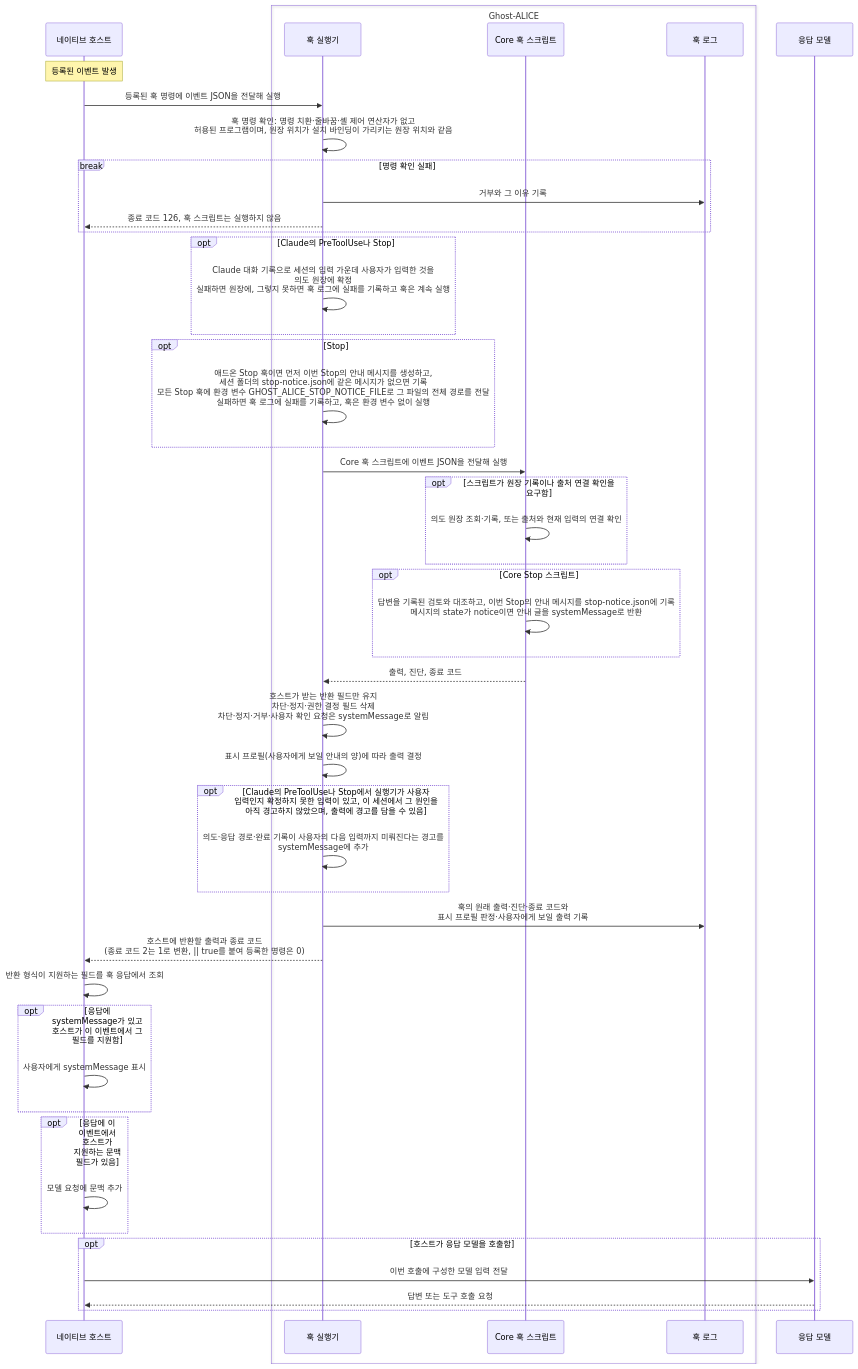
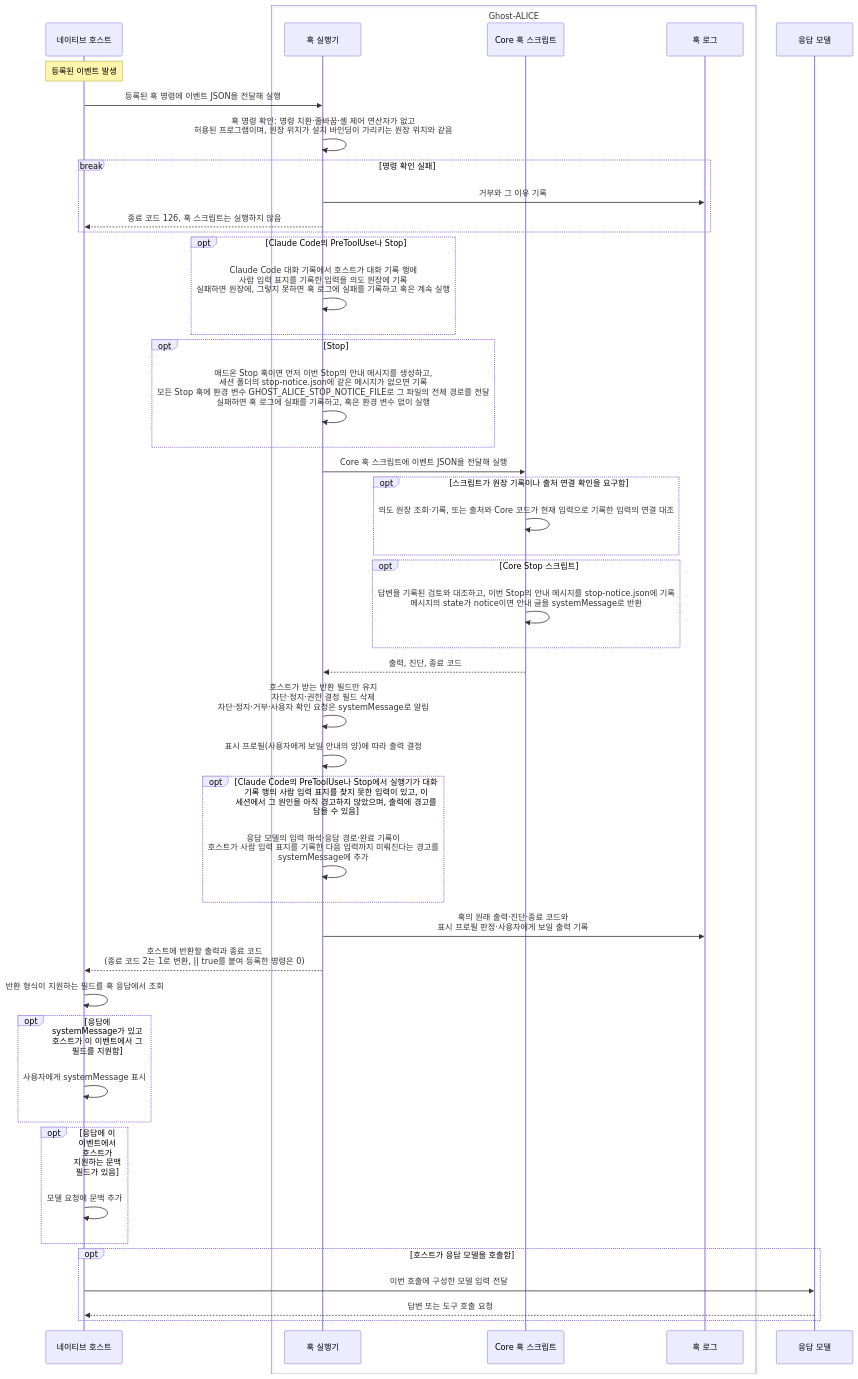
Before and after one commit to AidALL/ghost-alice: the third of 7 diagrams in architecture_ko.md, drawn with Mermaid. The commit also changed other lines of this file and 221 other files, not shown here.

````diff
--- a/architecture_ko.md
+++ b/architecture_ko.md
@@ -82,50 +82,50 @@
 ```mermaid
 sequenceDiagram
   participant H as 네이티브 호스트
   box Ghost-ALICE
     participant R as 훅 실행기
     participant C as Core 훅 스크립트
     participant L as 훅 로그
   end
   participant M as 응답 모델
 
   Note over H: 등록된 이벤트 발생
   H->>R: 등록된 훅 명령에 이벤트 JSON을 전달해 실행
   R->>R: 훅 명령 확인: 명령 치환·줄바꿈·셸 제어 연산자가 없고<br/>허용된 프로그램이며, 원장 위치가 설치 바인딩이 가리키는 원장 위치와 같음
   break 명령 확인 실패
     R->>L: 거부와 그 이유 기록
     R-->>H: 종료 코드 126, 훅 스크립트는 실행하지 않음
   end
-  opt Claude의 PreToolUse나 Stop
-    R->>R: Claude 대화 기록으로 세션의 입력 가운데 사용자가 입력한 것을<br/>의도 원장에 확정<br/>실패하면 원장에, 그렇지 못하면 훅 로그에 실패를 기록하고 훅은 계속 실행
+  opt Claude Code의 PreToolUse나 Stop
+    R->>R: Claude Code 대화 기록에서 호스트가 대화 기록 행에<br/>사람 입력 표지를 기록한 입력을 의도 원장에 기록<br/>실패하면 원장에, 그렇지 못하면 훅 로그에 실패를 기록하고 훅은 계속 실행
   end
   opt Stop
     R->>R: 애드온 Stop 훅이면 먼저 이번 Stop의 안내 메시지를 생성하고,<br/>세션 폴더의 stop-notice.json에 같은 메시지가 없으면 기록<br/>모든 Stop 훅에 환경 변수 GHOST_ALICE_STOP_NOTICE_FILE로 그 파일의 전체 경로를 전달<br/>실패하면 훅 로그에 실패를 기록하고, 훅은 환경 변수 없이 실행
   end
   R->>C: Core 훅 스크립트에 이벤트 JSON을 전달해 실행
   opt 스크립트가 원장 기록이나 출처 연결 확인을 요구함
-    C->>C: 의도 원장 조회·기록, 또는 출처와 현재 입력의 연결 확인
+    C->>C: 의도 원장 조회·기록, 또는 출처와 Core 코드가 현재 입력으로 기록한 입력의 연결 대조
   end
   opt Core Stop 스크립트
     C->>C: 답변을 기록된 검토와 대조하고, 이번 Stop의 안내 메시지를 stop-notice.json에 기록<br/>메시지의 state가 notice이면 안내 글을 systemMessage로 반환
   end
   C-->>R: 출력, 진단, 종료 코드
   R->>R: 호스트가 받는 반환 필드만 유지<br/>차단·정지·권한 결정 필드 삭제<br/>차단·정지·거부·사용자 확인 요청은 systemMessage로 알림
   R->>R: 표시 프로필(사용자에게 보일 안내의 양)에 따라 출력 결정
-  opt Claude의 PreToolUse나 Stop에서 실행기가 사용자 입력인지 확정하지 못한 입력이 있고, 이 세션에서 그 원인을 아직 경고하지 않았으며, 출력에 경고를 담을 수 있음
-    R->>R: 의도·응답 경로·완료 기록이 사용자의 다음 입력까지 미뤄진다는 경고를<br/>systemMessage에 추가
+  opt Claude Code의 PreToolUse나 Stop에서 실행기가 대화 기록 행의 사람 입력 표지를 찾지 못한 입력이 있고, 이 세션에서 그 원인을 아직 경고하지 않았으며, 출력에 경고를 담을 수 있음
+    R->>R: 응답 모델의 입력 해석·응답 경로·완료 기록이<br/>호스트가 사람 입력 표지를 기록한 다음 입력까지 미뤄진다는 경고를<br/>systemMessage에 추가
   end
   R->>L: 훅의 원래 출력·진단·종료 코드와<br/>표시 프로필 판정·사용자에게 보일 출력 기록
   R-->>H: 호스트에 반환할 출력과 종료 코드<br/>(종료 코드 2는 1로 변환, || true를 붙여 등록한 명령은 0)
   H->>H: 반환 형식이 지원하는 필드를 훅 응답에서 조회
   opt 응답에 systemMessage가 있고 호스트가 이 이벤트에서 그 필드를 지원함
     H->>H: 사용자에게 systemMessage 표시
   end
   opt 응답에 이 이벤트에서 호스트가 지원하는 문맥 필드가 있음
     H->>H: 모델 요청에 문맥 추가
   end
   opt 호스트가 응답 모델을 호출함
     H->>M: 이번 호출에 구성한 모델 입력 전달
     M-->>H: 답변 또는 도구 호출 요청
   end
 ```
````
